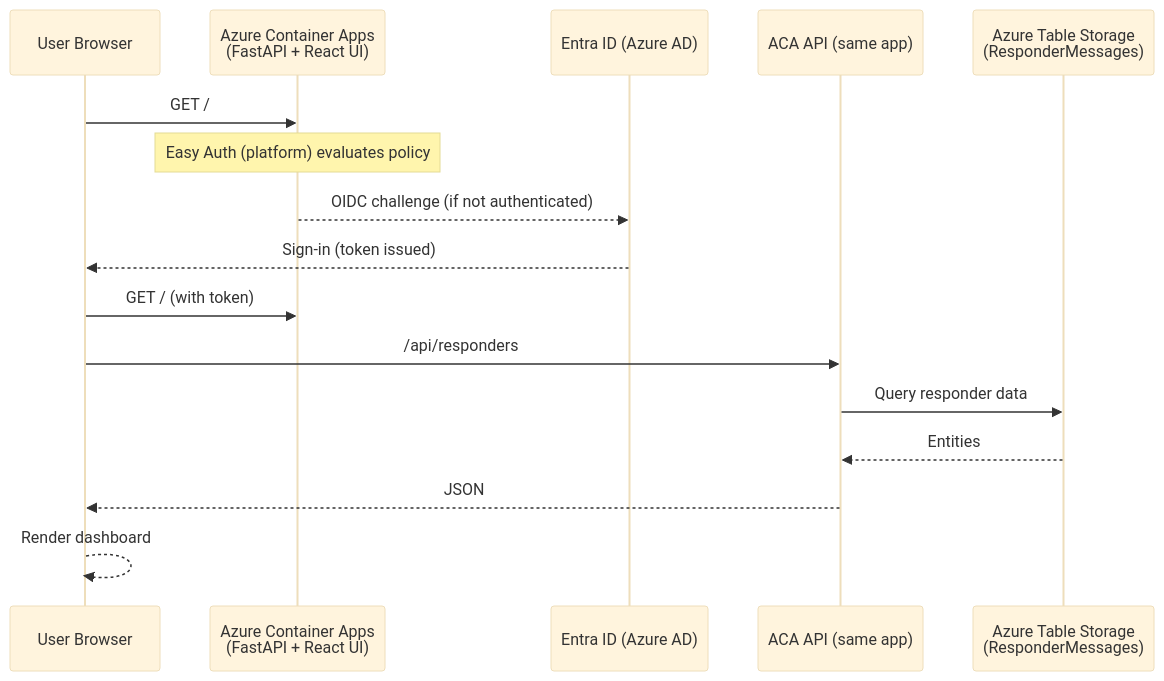
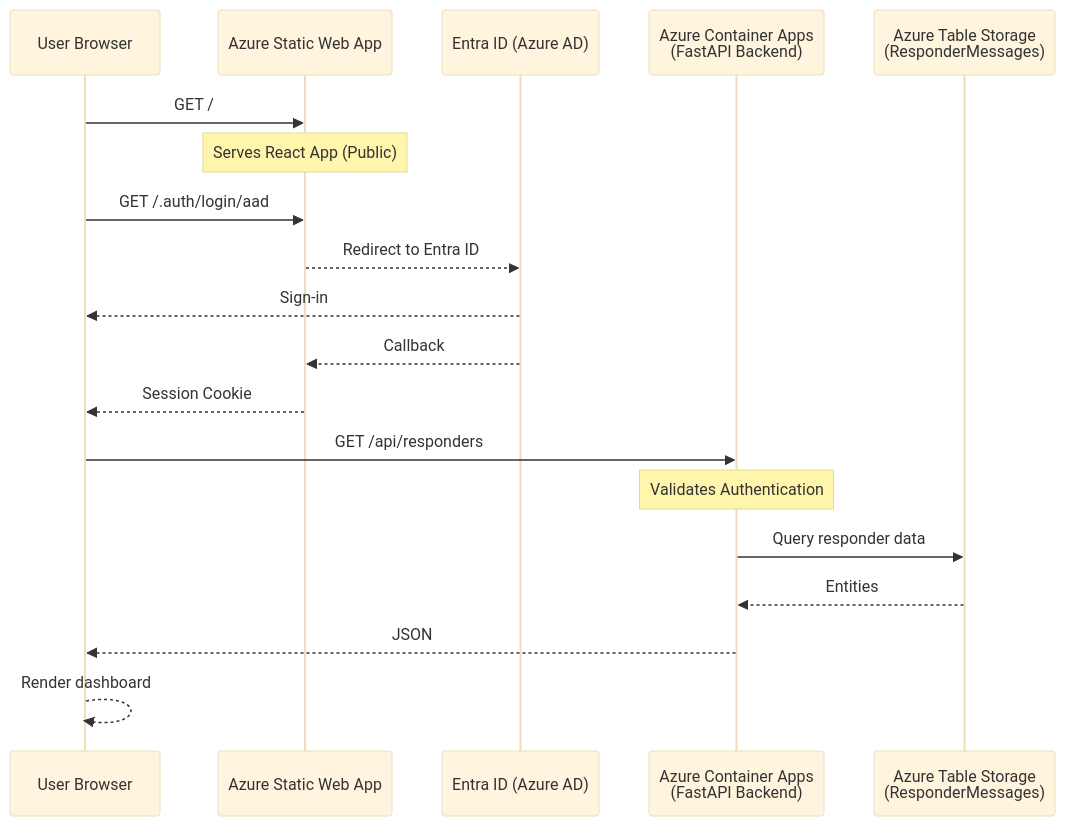
Before and after one commit to scvsar/respondr-lite: the third of 3 diagrams in README.md, drawn with Mermaid (base theme). The commit also changed other lines of this file and 8 other files, not shown here.

````diff
--- a/README.md
+++ b/README.md
@@ -91,19 +91,24 @@
 ```mermaid
 sequenceDiagram
   participant U as User Browser
-  participant ACA as Azure Container Apps<br/>(FastAPI + React UI)
+  participant SWA as Azure Static Web App
   participant AAD as Entra ID (Azure AD)
-  participant API as ACA API (same app)
+  participant API as Azure Container Apps<br/>(FastAPI Backend)
   participant TS as Azure Table Storage<br/>(ResponderMessages)
 
-  U->>ACA: GET /
-  Note over ACA: Easy Auth (platform) evaluates policy
-  ACA-->>AAD: OIDC challenge (if not authenticated)
-  AAD-->>U: Sign-in (token issued)
-  U->>ACA: GET / (with token)
-  U->>API: /api/responders
+  U->>SWA: GET /
+  Note over SWA: Serves React App (Public)
+  
+  U->>SWA: GET /.auth/login/aad
+  SWA-->>AAD: Redirect to Entra ID
+  AAD-->>U: Sign-in
+  AAD-->>SWA: Callback
+  SWA-->>U: Session Cookie
+  
+  U->>API: GET /api/responders
+  Note over API: Validates Authentication
   API->>TS: Query responder data
   TS-->>API: Entities
   API-->>U: JSON
   U-->>U: Render dashboard
 ```
````
